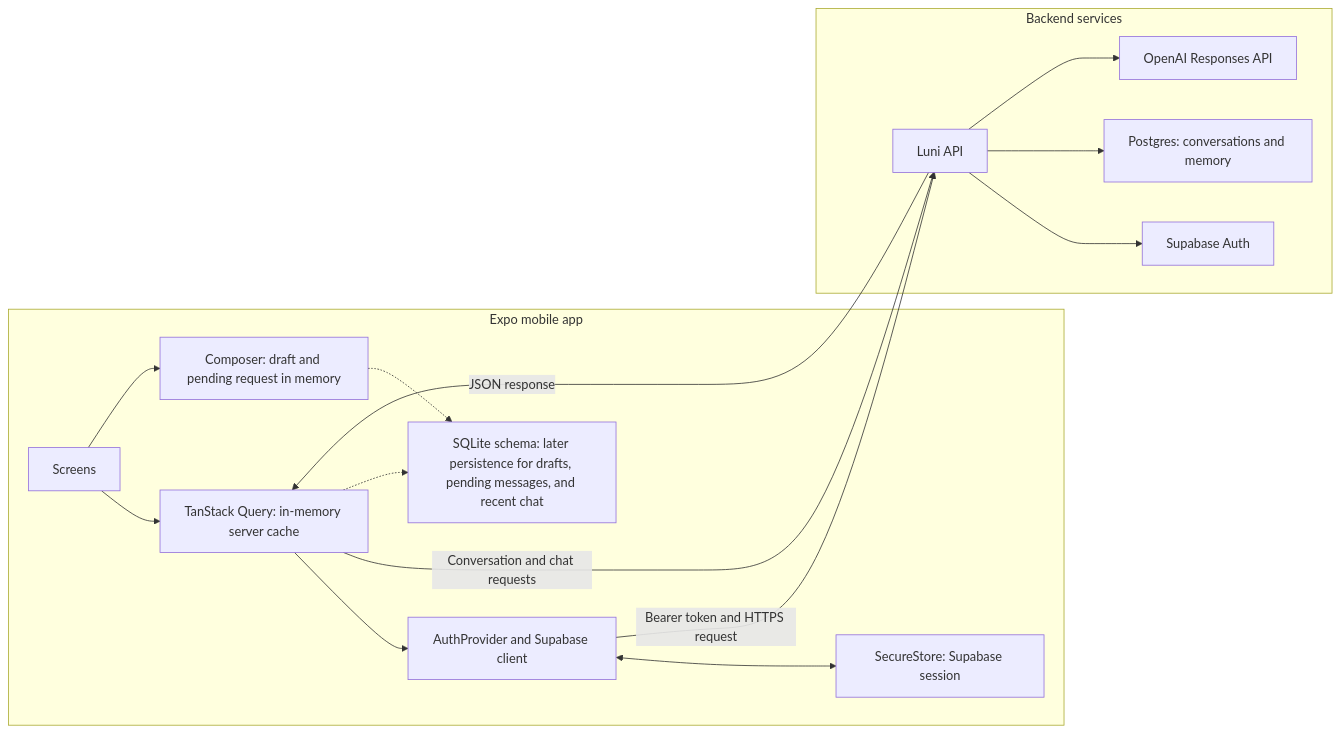
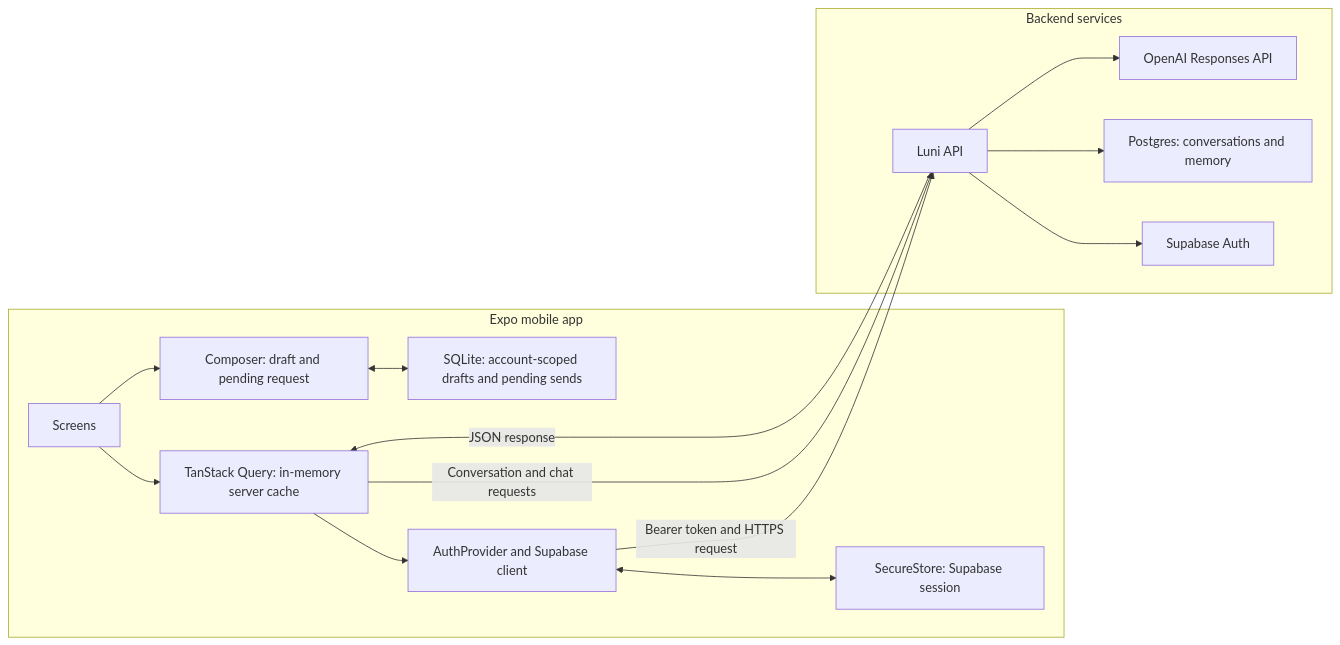
The diagram in docs/flows/data-ownership-and-caching.md (brajmohanT/luni-app), drawn with Mermaid before and after one commit. The commit also changed other lines of this file and 12 other files, not shown here.

````diff
--- a/docs/flows/data-ownership-and-caching.md
+++ b/docs/flows/data-ownership-and-caching.md
@@ -5,34 +5,33 @@
 ```mermaid
 flowchart LR
   subgraph device["Expo mobile app"]
     screens["Screens"]
     auth["AuthProvider and Supabase client"]
     secure["SecureStore: Supabase session"]
     query["TanStack Query: in-memory server cache"]
-    composer["Composer: draft and pending request in memory"]
-    sqlite["SQLite schema: later persistence for drafts, pending messages, and recent chat"]
+    composer["Composer: draft and pending request"]
+    sqlite["SQLite: account-scoped drafts and pending sends"]
 
     screens --> query
     screens --> composer
     auth <--> secure
     query --> auth
   end
 
   subgraph server["Backend services"]
     api["Luni API"]
     supabase["Supabase Auth"]
     database["Postgres: conversations and memory"]
     ai["OpenAI Responses API"]
 
     api --> supabase
     api --> database
     api --> ai
   end
 
   auth -->|"Bearer token and HTTPS request"| api
   query -->|"Conversation and chat requests"| api
   api -->|"JSON response"| query
 
-  composer -.-> sqlite
-  query -.-> sqlite
+  composer <--> sqlite
 ```
````
